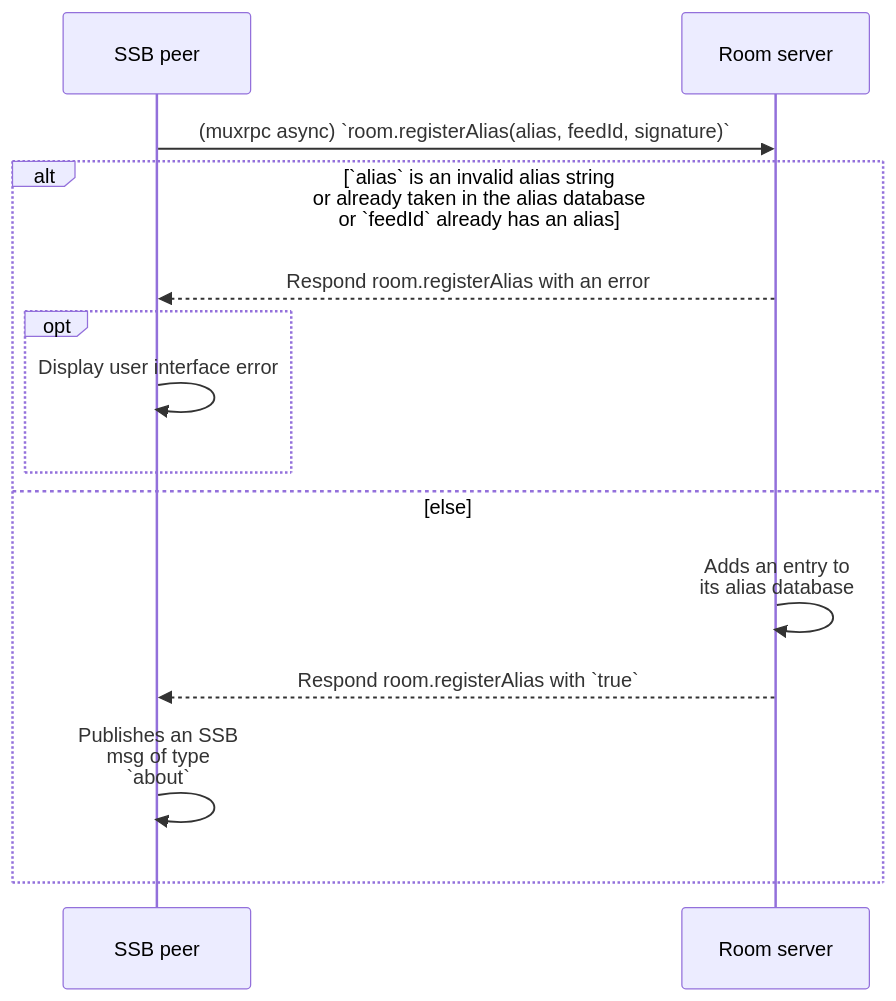
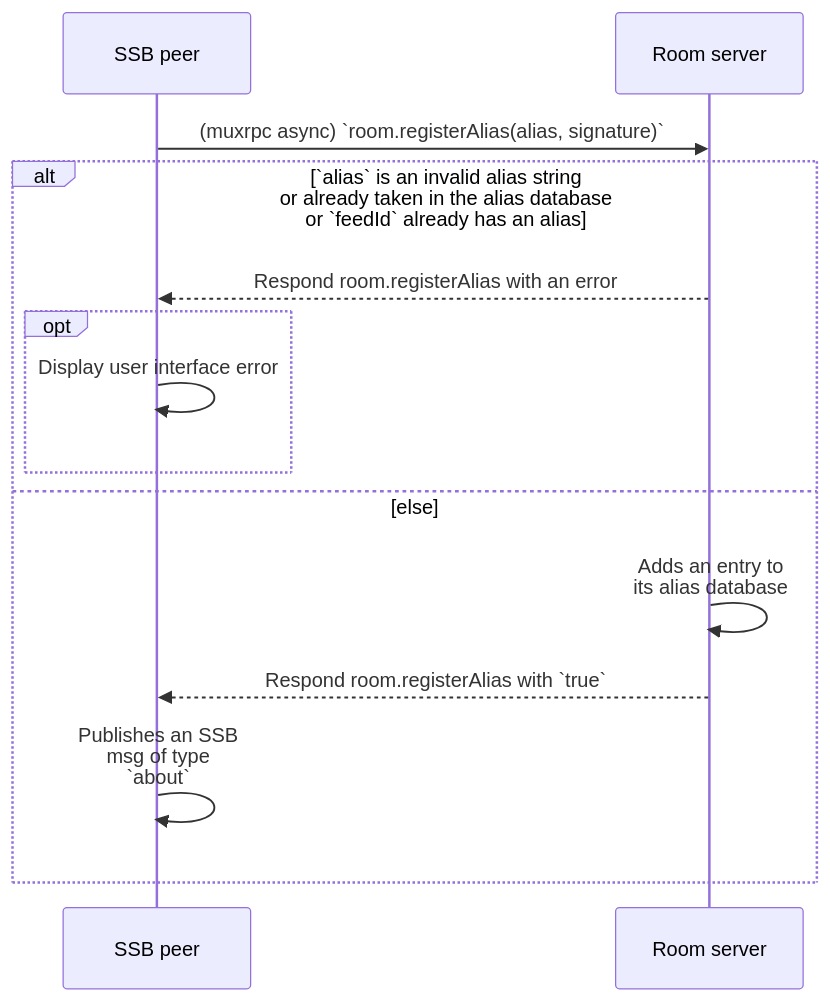
Before and after one commit to ssbc/rooms2: the diagram in docs/Alias/Registration.md, drawn with Mermaid. The commit also changed other lines of this file and 2 other files, not shown here.

Commit message:
simplify muxrpcs for register/revoke aliases

````diff
--- a/docs/Alias/Registration.md
+++ b/docs/Alias/Registration.md
@@ -27,17 +24,17 @@
 ```mermaid
 sequenceDiagram
   participant U as SSB peer
   participant R as Room server
 
-  U->>R: (muxrpc async) `room.registerAlias(alias, feedId, signature)`
+  U->>R: (muxrpc async) `room.registerAlias(alias, signature)`
   alt `alias` is an invalid alias string<br/>or already taken in the alias database<br/>or `feedId` already has an alias
     R-->>U: Respond room.registerAlias with an error
     opt
         U->>U: Display user interface error
     end
   else else
     R->>R: Adds an entry to<br/>its alias database
     R-->>U: Respond room.registerAlias with `true`
     U->>U: Publishes an SSB<br/>msg of type<br/>`about`
   end
 ```
````
